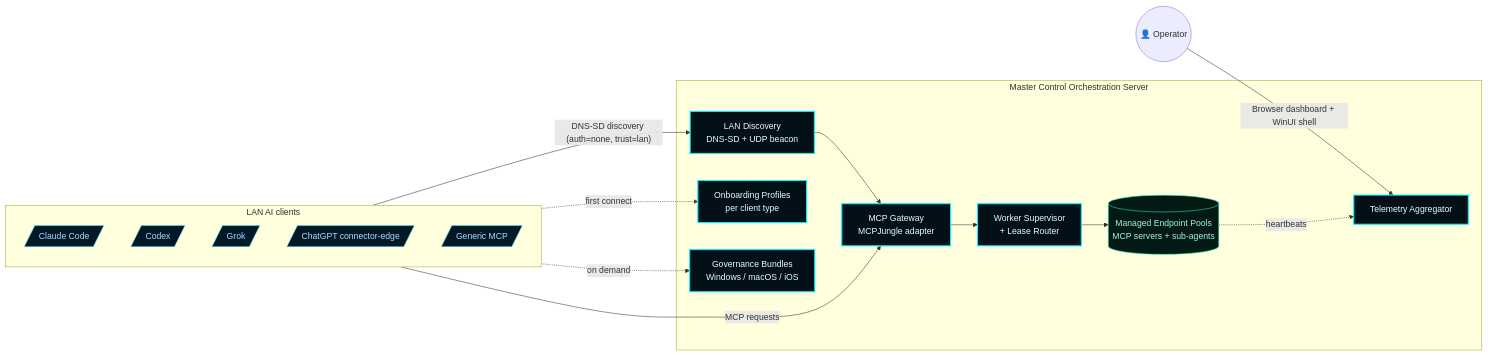
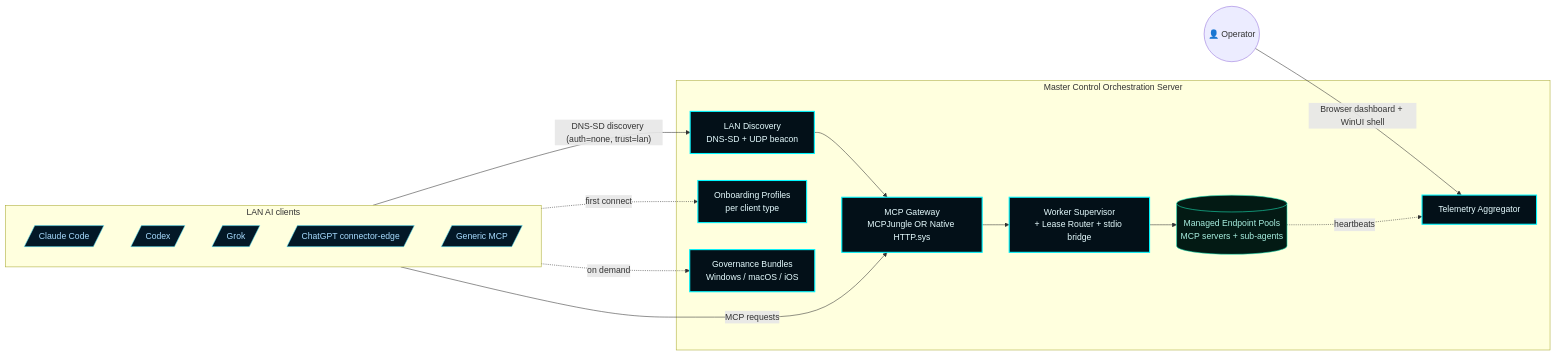
One commit to flynn33/Master-Control-Orchestration-Server changed the diagram in README.md. Above: the diagram before and after it, drawn with Mermaid. The commit also changed other lines of this file and 16 other files, not shown here.

````diff
--- a/README.md
+++ b/README.md
@@ -17,37 +17,37 @@
 ```mermaid
 flowchart LR
     classDef accent fill:#031018,stroke:#00F6FF,color:#E6FCFF,stroke-width:2px;
     classDef faint fill:#0a1018,stroke:#5A00E8,color:#8CB7C4;
     classDef client fill:#031827,stroke:#5AE8FF,color:#A8DCFF;
     classDef good fill:#031a14,stroke:#1cf2c1,color:#a8efe0;
 
     Operator((👤 Operator))
 
     subgraph LANClients[LAN AI clients]
         ClaudeCode[/Claude Code/]:::client
         Codex[/Codex/]:::client
         Grok[/Grok/]:::client
         ChatGPT[/ChatGPT connector-edge/]:::client
         Generic[/Generic MCP/]:::client
     end
 
     subgraph MCOS[Master Control Orchestration Server]
         Discovery[LAN Discovery<br/>DNS-SD + UDP beacon]:::accent
-        Gateway[MCP Gateway<br/>MCPJungle adapter]:::accent
+        Gateway[MCP Gateway<br/>MCPJungle OR Native HTTP.sys]:::accent
         Onboarding[Onboarding Profiles<br/>per client type]:::accent
         Governance[Governance Bundles<br/>Windows / macOS / iOS]:::accent
-        Supervisor[Worker Supervisor<br/>+ Lease Router]:::accent
+        Supervisor[Worker Supervisor<br/>+ Lease Router + stdio bridge]:::accent
         Telemetry[Telemetry Aggregator]:::accent
         Pools[(Managed Endpoint Pools<br/>MCP servers + sub-agents)]:::good
     end
 
     Operator -->|Browser dashboard + WinUI shell| Telemetry
     LANClients -->|"DNS-SD discovery (auth=none, trust=lan)"| Discovery
     Discovery --> Gateway
     LANClients -->|MCP requests| Gateway
     Gateway --> Supervisor
     Supervisor --> Pools
     Pools -.->|heartbeats| Telemetry
     LANClients -.->|first connect| Onboarding
     LANClients -.->|on demand| Governance
 ```
````
